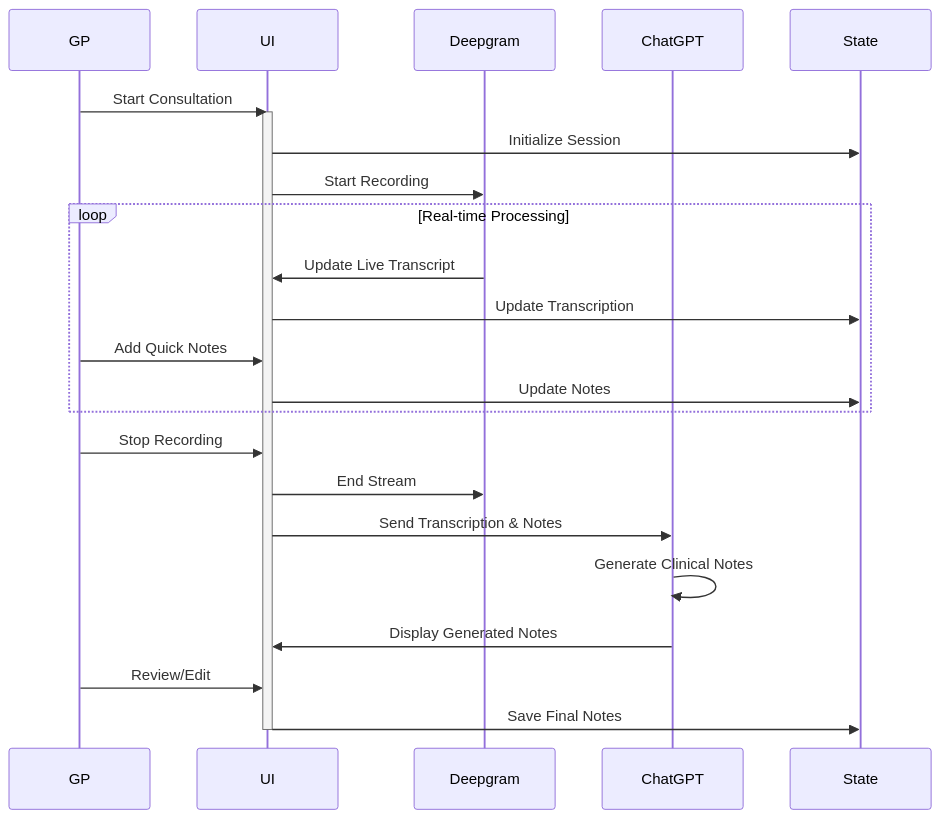
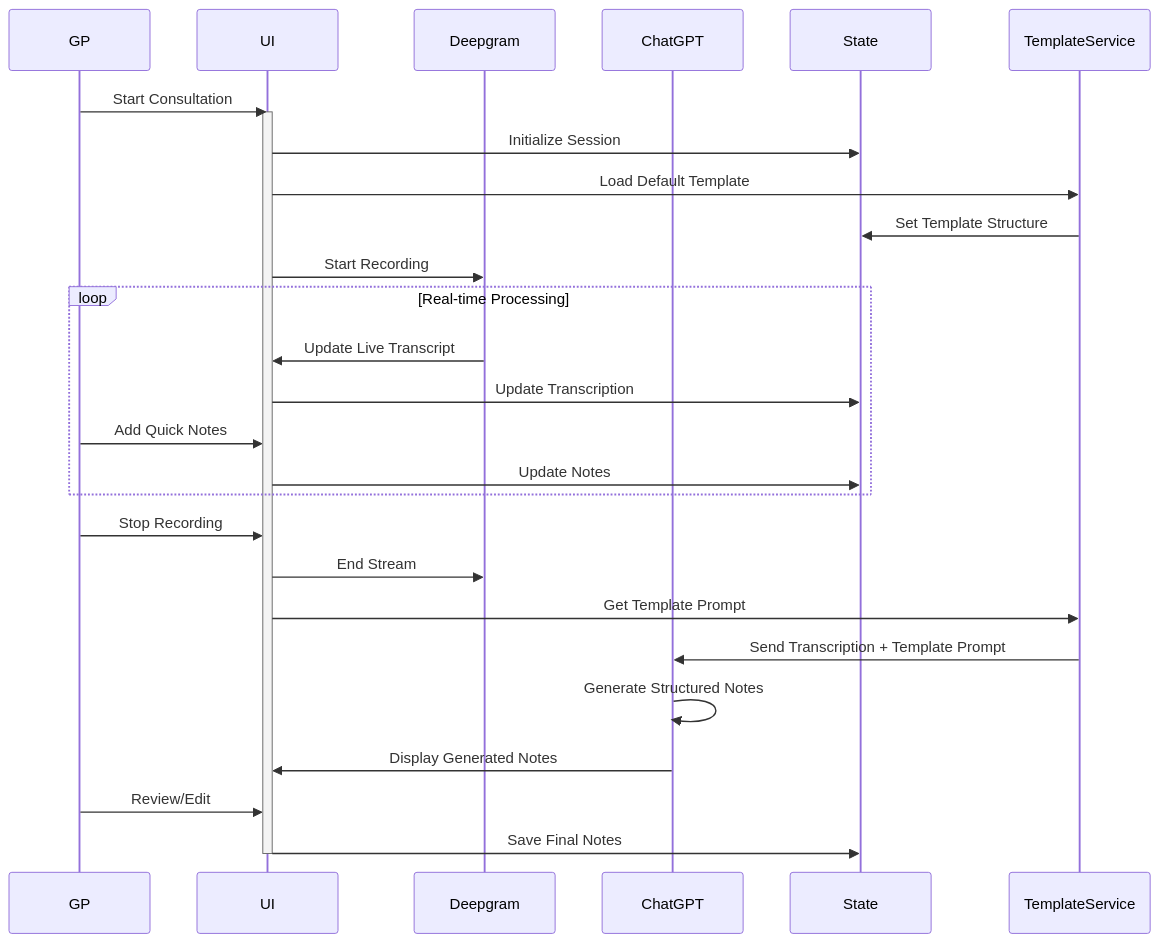
One commit to reonzpika/ClinicProNZ changed the diagram in docs/engineering/logic-flows.md. Above: the diagram before and after it, drawn with Mermaid. The commit also changed other lines of this file and 204 other files, not shown here.

````diff
--- a/docs/engineering/logic-flows.md
+++ b/docs/engineering/logic-flows.md
@@ -7,29 +7,33 @@
 ```mermaid
 sequenceDiagram
     participant GP
     participant UI
     participant Deepgram
     participant ChatGPT
     participant State
+    participant TemplateService
 
     GP->>UI: Start Consultation
     activate UI
     UI->>State: Initialize Session
+    UI->>TemplateService: Load Default Template
+    TemplateService->>State: Set Template Structure
     UI->>Deepgram: Start Recording
 
     loop Real-time Processing
         Deepgram->>UI: Update Live Transcript
         UI->>State: Update Transcription
         GP->>UI: Add Quick Notes
         UI->>State: Update Notes
     end
 
     GP->>UI: Stop Recording
     UI->>Deepgram: End Stream
-    UI->>ChatGPT: Send Transcription & Notes
-    ChatGPT->>ChatGPT: Generate Clinical Notes
+    UI->>TemplateService: Get Template Prompt
+    TemplateService->>ChatGPT: Send Transcription + Template Prompt
+    ChatGPT->>ChatGPT: Generate Structured Notes
     ChatGPT->>UI: Display Generated Notes
     GP->>UI: Review/Edit
     UI->>State: Save Final Notes
     deactivate UI
 ```
````
